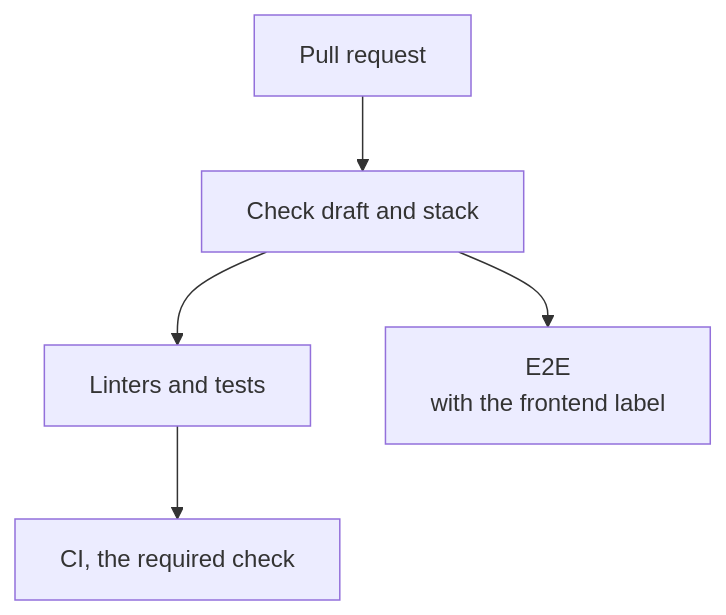
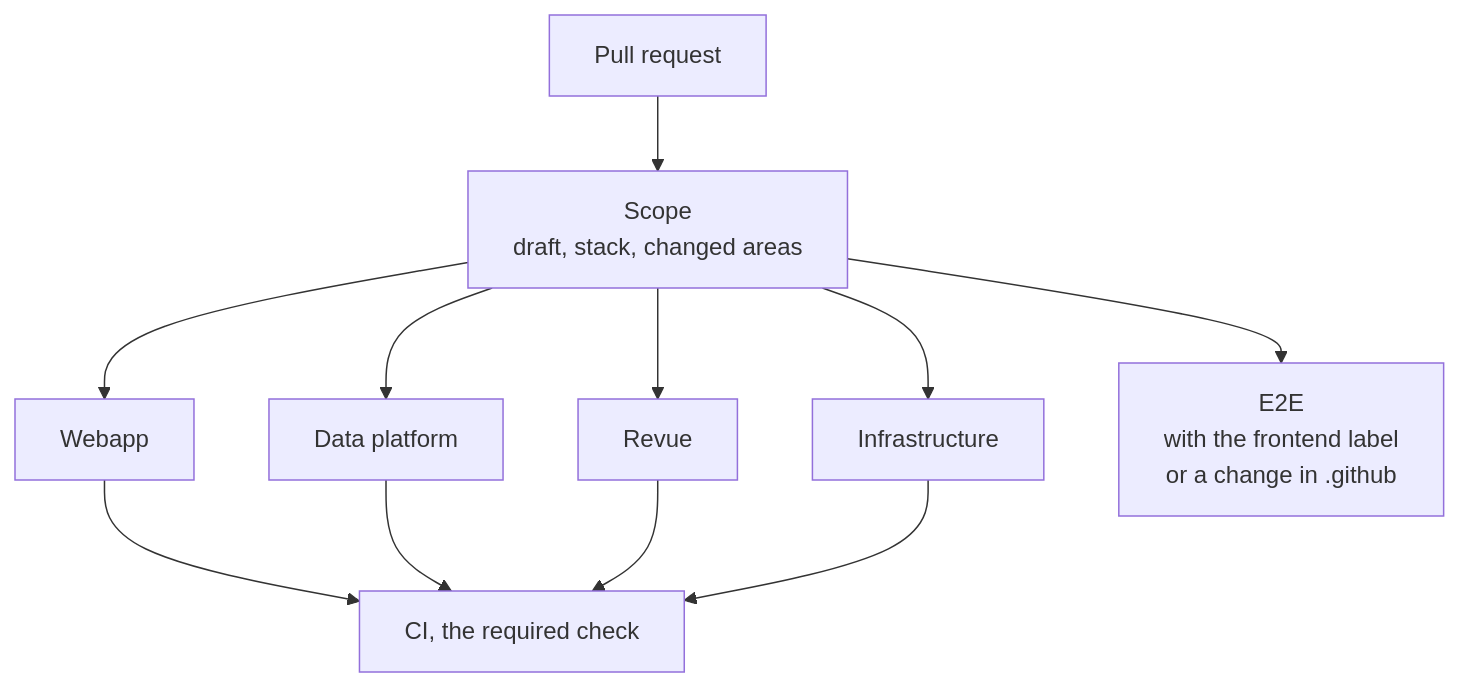
Before and after one commit to incubateur-ademe/quefairedemesobjets: the first of 3 diagrams in docs/reference/infrastructure/ci-cd.md, drawn with Mermaid. The commit also changed other lines of this file and 10 other files, not shown here.

````diff
--- a/docs/reference/infrastructure/ci-cd.md
+++ b/docs/reference/infrastructure/ci-cd.md
@@ -41,7 +41,13 @@
 ```mermaid
 graph TD
-    A[Pull request] --> B[Check draft and stack]
-    B --> C[Linters and tests]
-    B --> E[E2E<br/>with the frontend label]
+    A[Pull request] --> B[Scope<br/>draft, stack, changed areas]
+    B --> C[Webapp]
+    B --> D[Data platform]
+    B --> F[Revue]
+    B --> H[Infrastructure]
+    B --> E[E2E<br/>with the frontend label<br/>or a change in .github]
     C --> G[CI, the required check]
+    D --> G
+    F --> G
+    H --> G
 ```
````
